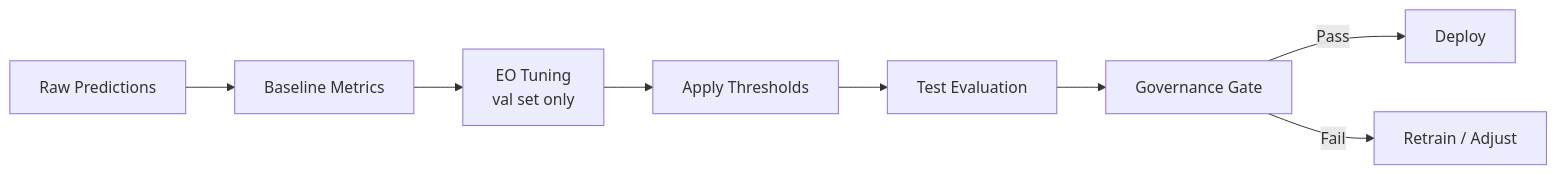
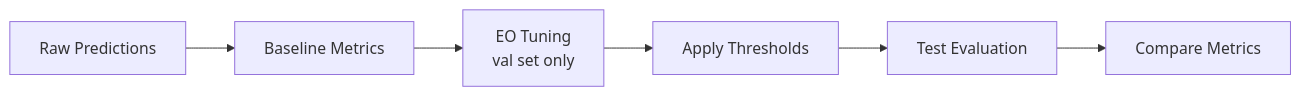
Before and after one commit to VillaforTech/Fairness-Aware-Candidate-Pre-Screening: the second of 2 diagrams in README.md, drawn with Mermaid. The commit also changed other lines of this file and 19 other files, not shown here.

````diff
--- a/README.md
+++ b/README.md
@@ -154,10 +121,8 @@
 ```mermaid
 flowchart LR
     A[Raw Predictions] --> B[Baseline Metrics]
     B --> C[EO Tuning\nval set only]
     C --> D[Apply Thresholds]
     D --> E[Test Evaluation]
-    E --> F[Governance Gate]
-    F -->|Pass| G[Deploy]
-    F -->|Fail| H[Retrain / Adjust]
+    E --> F[Compare Metrics]
 ```
````
